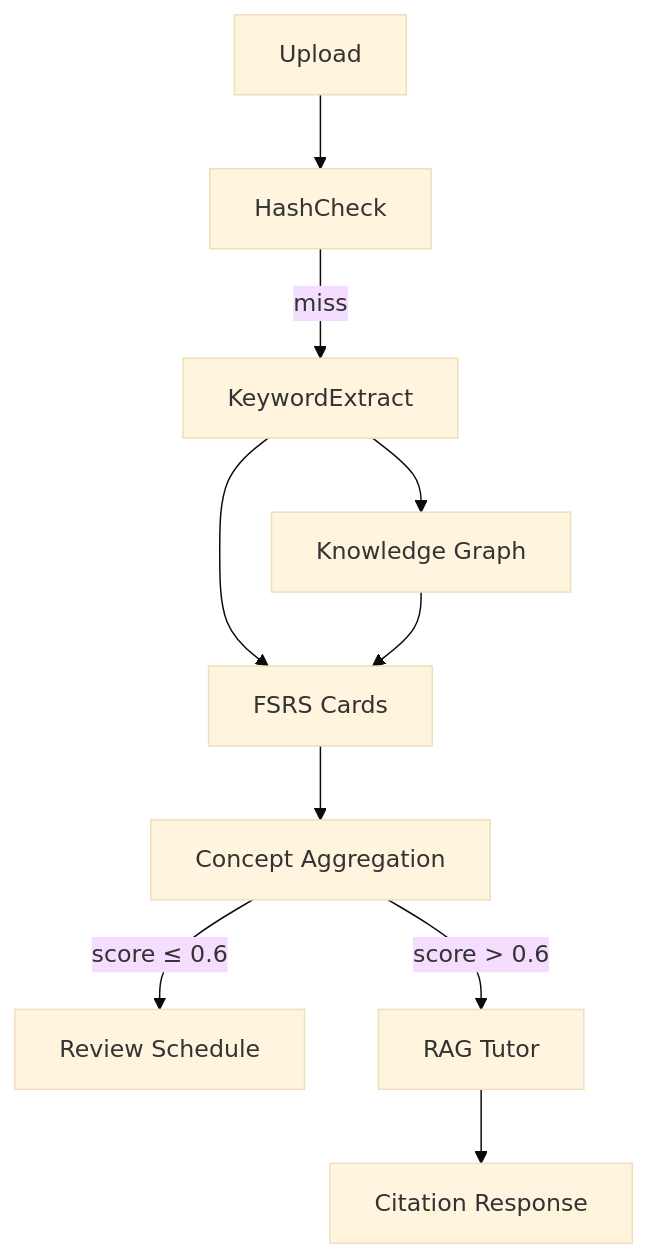
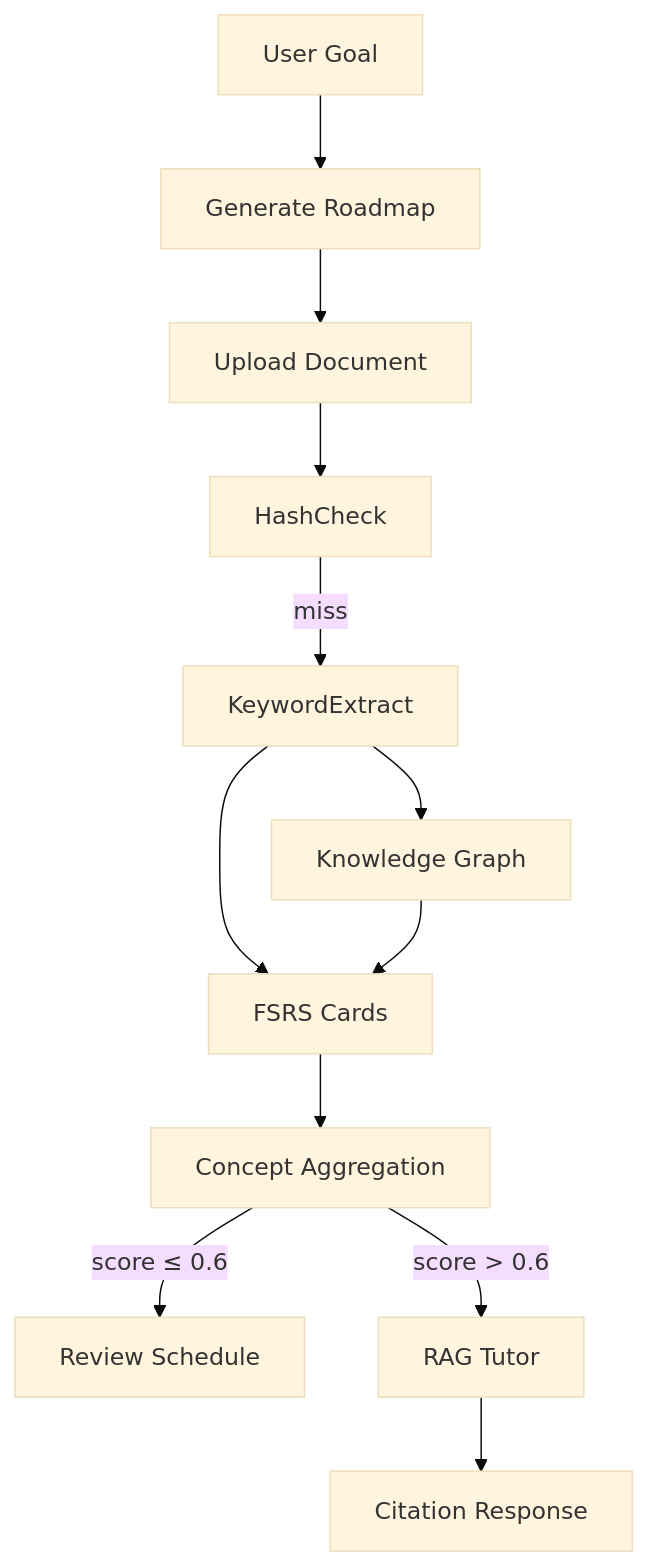
The second of 2 diagrams in KeHoach_PhatTrien_DoAn.md (Cookie1109/PersonalLearningWeb), drawn with Mermaid (base theme) before and after one commit. The commit also changed other lines of this file and 23 other files, not shown here.

Commit message:
feat: hoan thanh Giai doan 3 (Roadmap Generator), sua loi user_id va duplicate tag constraint

````diff
--- a/KeHoach_PhatTrien_DoAn.md
+++ b/KeHoach_PhatTrien_DoAn.md
@@ -52,12 +52,14 @@
 ```mermaid
 flowchart TD
+  Goal[User Goal] --> GenRoadmap[Generate Roadmap]
+  GenRoadmap --> Upload[Upload Document]
   Upload --> HashCheck
   HashCheck -->|miss| KeywordExtract
   KeywordExtract --> KG[Knowledge Graph]
   KeywordExtract --> FSRSCards[FSRS Cards]
   FSRSCards --> Aggregation[Concept Aggregation]
   Aggregation -->|score ≤ 0.6| Schedule[Review Schedule]
   Aggregation -->|score > 0.6| RAG[RAG Tutor]
   RAG --> Citation[Citation Response]
   KG --> FSRSCards
 ```
````
